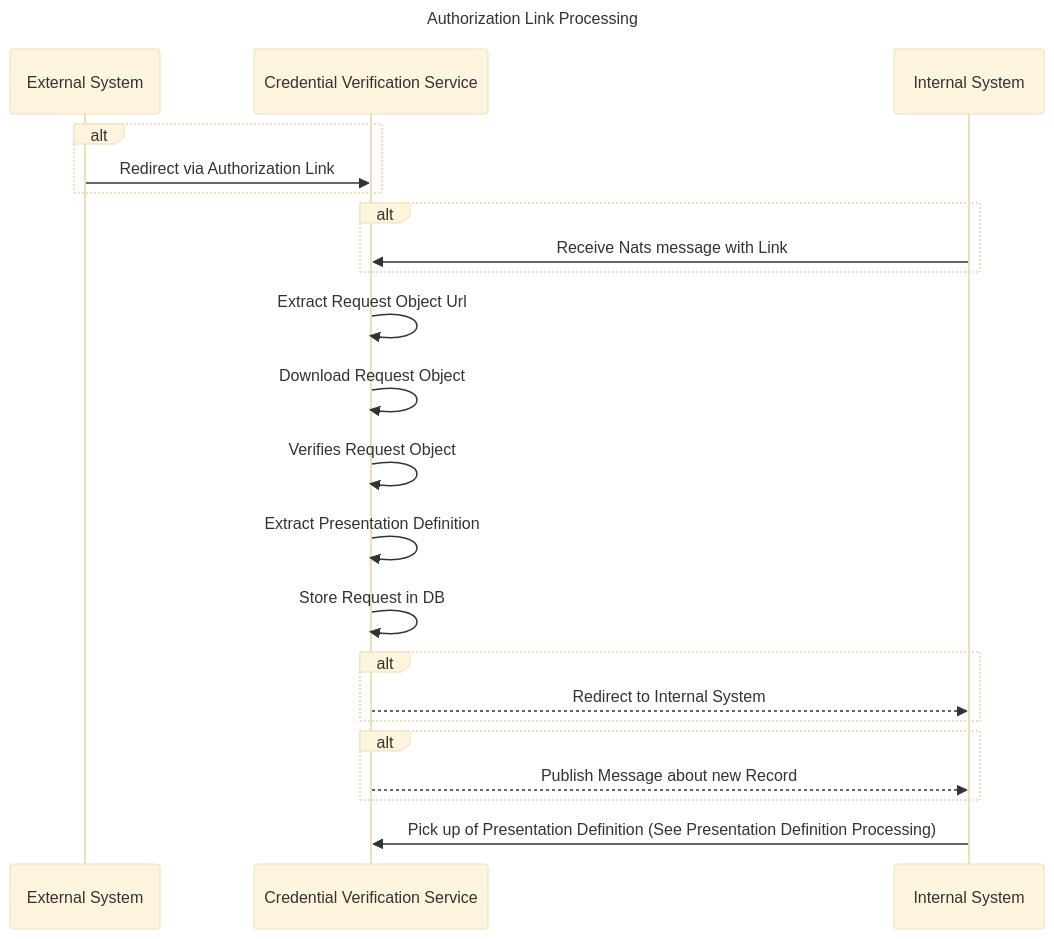
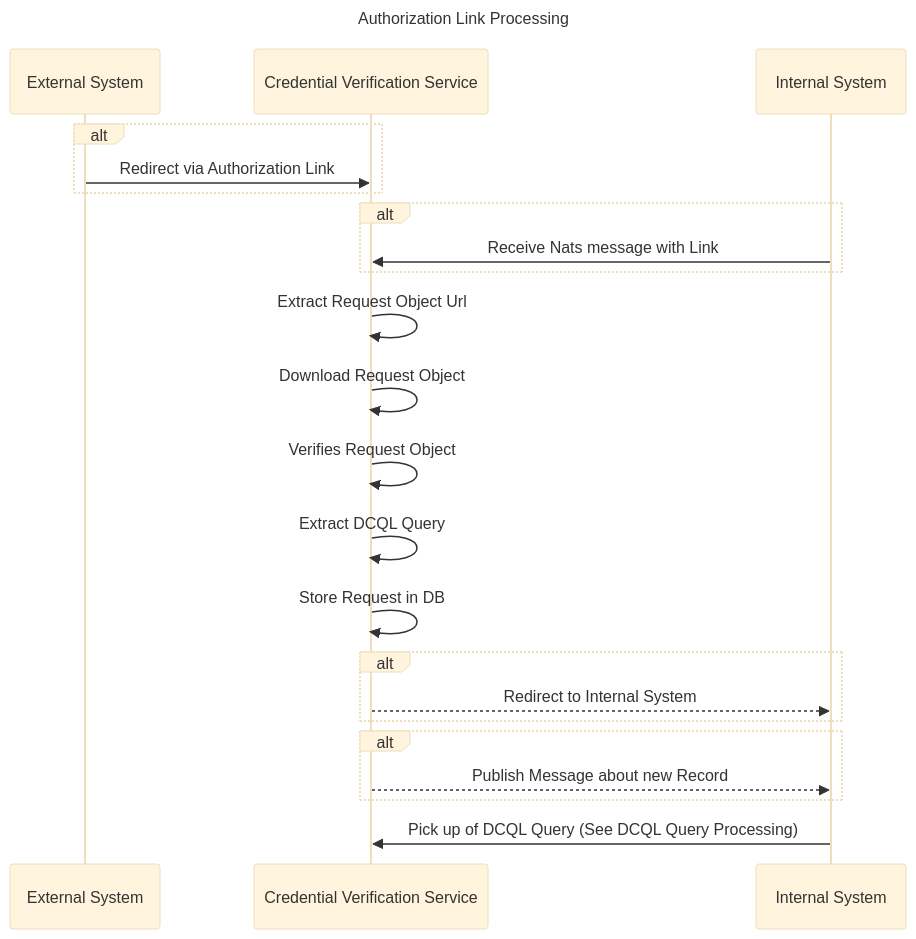
The second of 3 diagrams in README.md (eclipse-xfsc/oid4-vci-credential-verification-service), drawn with Mermaid (base theme) before and after one commit. The commit also changed other lines of this file and 29 other files, not shown here.

````diff
--- a/README.md
+++ b/README.md
@@ -47,22 +47,22 @@
 ```mermaid
 sequenceDiagram
 title Authorization Link Processing
 alt
 External System->> Credential Verification Service: Redirect via Authorization Link
 end
 alt
 Internal System ->> Credential Verification Service: Receive Nats message with Link
 end 
 Credential Verification Service->> Credential Verification Service: Extract Request Object Url
 Credential Verification Service->> Credential Verification Service: Download Request Object
 Credential Verification Service->> Credential Verification Service: Verifies Request Object
-Credential Verification Service->> Credential Verification Service: Extract Presentation Definition
+Credential Verification Service->> Credential Verification Service: Extract DCQL Query
 Credential Verification Service->> Credential Verification Service: Store Request in DB
 alt
 Credential Verification Service-->> Internal System: Redirect to Internal System
 end 
 alt 
 Credential Verification Service-->> Internal System: Publish Message about new Record
 end
-Internal System->> Credential Verification Service: Pick up of Presentation Definition (See Presentation Definition Processing)
+Internal System->> Credential Verification Service: Pick up of DCQL Query (See DCQL Query Processing)
 ```
````
